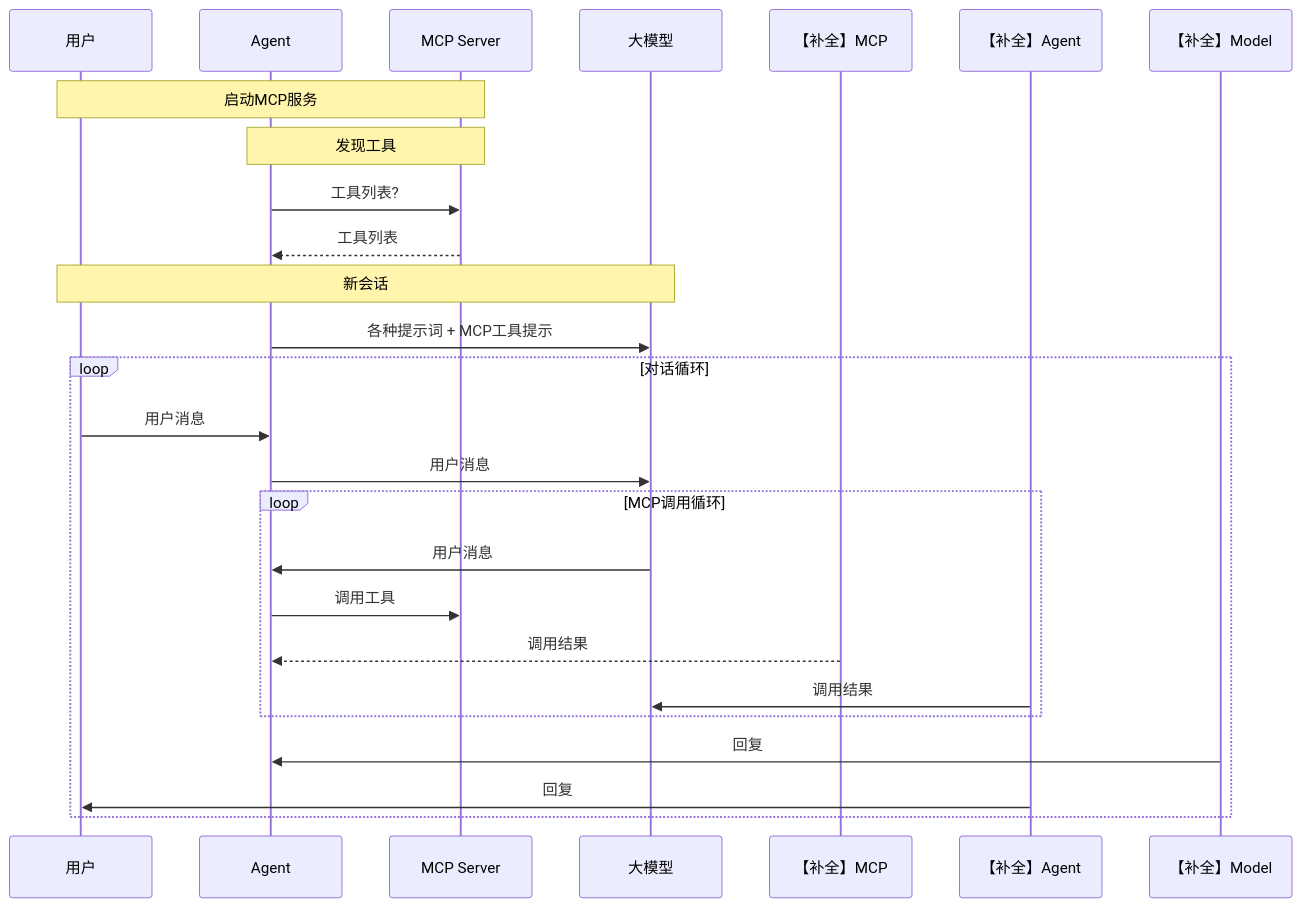
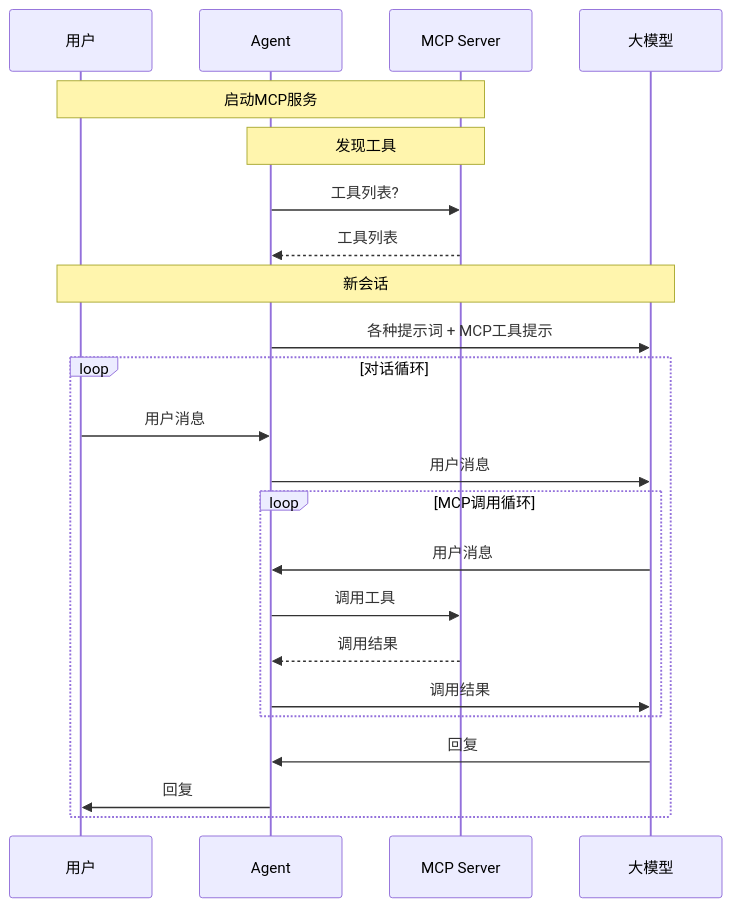
Before and after one commit to xjq11029/my-notes-and-utils: the first of 2 diagrams in docs/大模型与神经网络原理笔记/coding-agent/_课件原文.md, drawn with Mermaid. The commit also changed other lines of this file and 36 other files, not shown here.

````diff
--- a/docs/大模型与神经网络原理笔记/coding-agent/_课件原文.md
+++ b/docs/大模型与神经网络原理笔记/coding-agent/_课件原文.md
@@ -42,25 +42,27 @@
 ```mermaid
 sequenceDiagram
     participant User as 用户
     participant Agent as Agent
     participant MCP as MCP Server
     participant Model as 大模型
     Note over User,MCP: 启动MCP服务
     Note over Agent,MCP: 发现工具
     Agent->>MCP: 工具列表?
     MCP-->>Agent: 工具列表
     Note over User,Model: 新会话
     Agent->>Model: 各种提示词 + MCP工具提示
     loop 对话循环
         User->>Agent: 用户消息
         Agent->>Model: 用户消息
         loop MCP调用循环
             Model->>Agent: 用户消息
             Agent->>MCP: 调用工具
-            【补全】MCP-->>Agent: 调用结果
-            【补全】Agent->>Model: 调用结果
+            %% 【补全】以下两行依课件截图与讲解补齐
+            MCP-->>Agent: 调用结果
+            Agent->>Model: 调用结果
         end
-        【补全】Model->>Agent: 回复
-        【补全】Agent->>User: 回复
+        %% 【补全】以下两行依课件截图与讲解补齐
+        Model->>Agent: 回复
+        Agent->>User: 回复
     end
 ```
````
